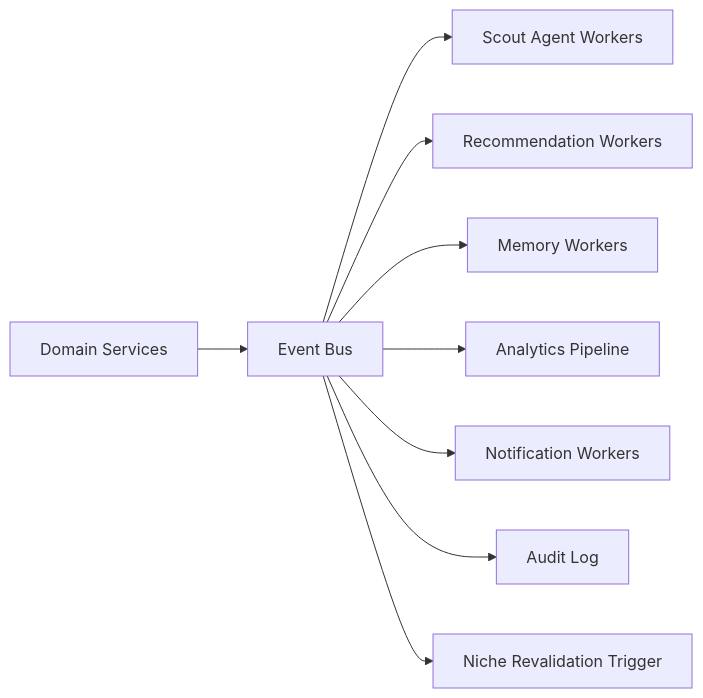
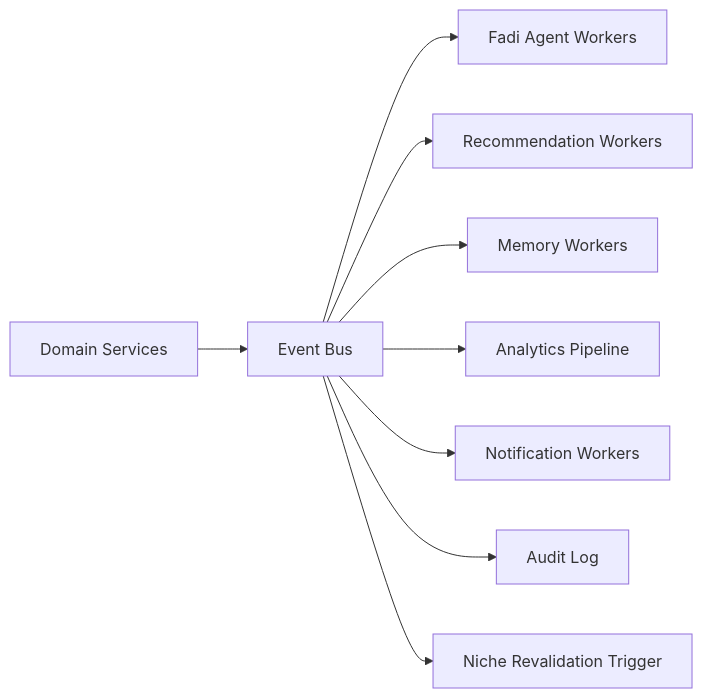
The diagram in docs/EVENT_DRIVEN_ARCHITECTURE.md (Mirzzie/Fadi), drawn with Mermaid before and after one commit. The commit also changed other lines of this file and 158 other files, not shown here.

First line of the commit message:
refactor!: rename agent Scout→Fadi and brand CareerOS→FadiOS

````diff
--- a/docs/EVENT_DRIVEN_ARCHITECTURE.md
+++ b/docs/EVENT_DRIVEN_ARCHITECTURE.md
@@ -20,11 +20,11 @@
 ```mermaid
 flowchart LR
     Services[Domain Services] --> Bus[Event Bus]
-    Bus --> Agent[Scout Agent Workers]
+    Bus --> Agent[Fadi Agent Workers]
     Bus --> Rec[Recommendation Workers]
     Bus --> Memory[Memory Workers]
     Bus --> Analytics[Analytics Pipeline]
     Bus --> Notify[Notification Workers]
     Bus --> Audit[Audit Log]
     Bus --> NicheWatch[Niche Revalidation Trigger]
 ```
````
